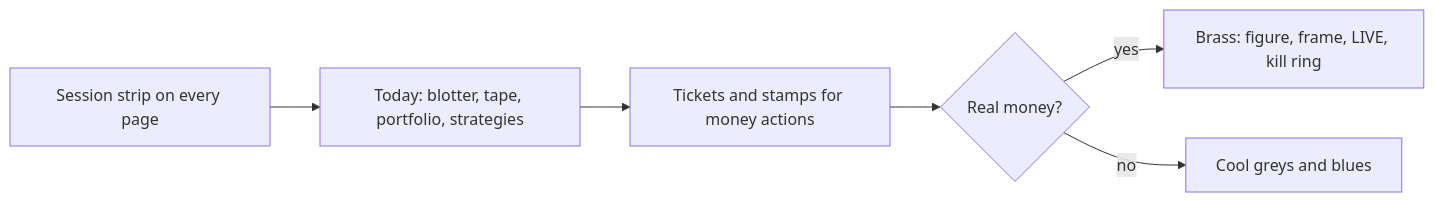
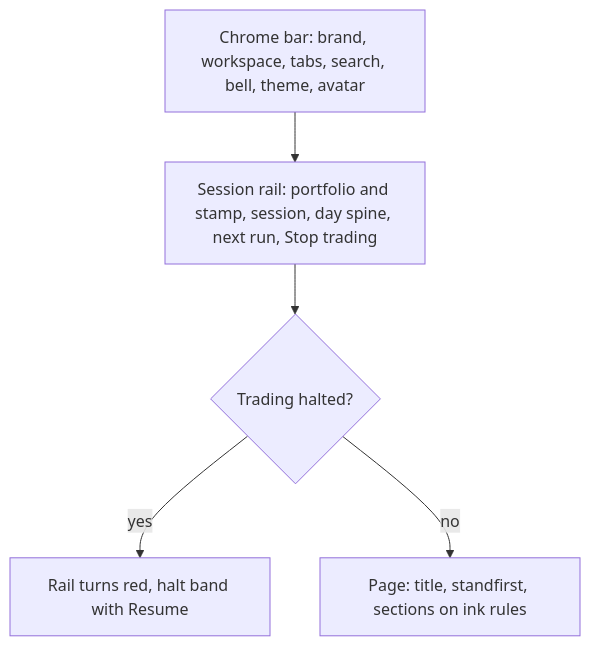
One commit to sleousis/Stonks changed diagram 12 of 13 in docs/ui.md. Above: the diagram before and after it, drawn with Mermaid. The commit also changed other lines of this file and 380 other files, not shown here.

````diff
--- a/docs/ui.md
+++ b/docs/ui.md
@@ -1660,8 +1693,7 @@
 ```mermaid
-flowchart LR
-  S[Session strip on every page] --> T[Today: blotter, tape, portfolio, strategies]
-  T --> K[Tickets and stamps for money actions]
-  K --> B{Real money?}
-  B -->|yes| Br[Brass: figure, frame, LIVE, kill ring]
-  B -->|no| C[Cool greys and blues]
+flowchart TB
+  C[Chrome bar: brand, workspace, tabs, search, bell, theme, avatar] --> R[Session rail: portfolio and stamp, session, day spine, next run, Stop trading]
+  R --> H{Trading halted?}
+  H -->|yes| B[Rail turns red, halt band with Resume]
+  H -->|no| P[Page: title, standfirst, sections on ink rules]
 ```
````
